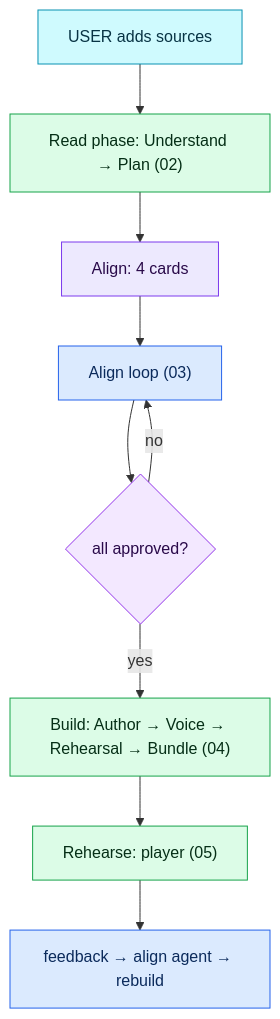
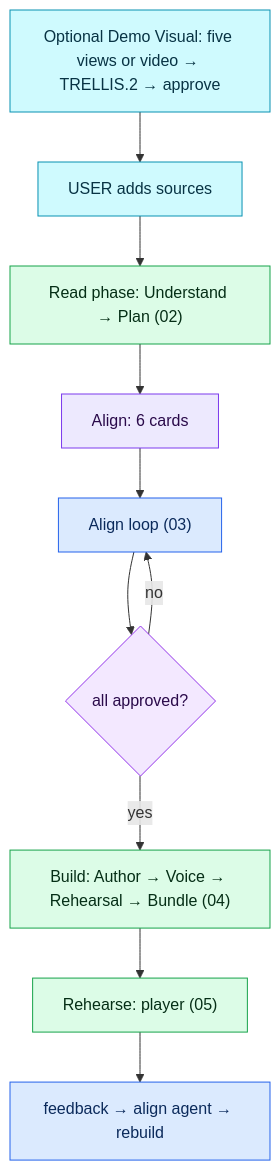
Before and after one commit to APareek89/demo-studio: the diagram in docs/ARCHITECTURE_FLOW.md, drawn with Mermaid. The commit also changed other lines of this file and 16 other files, not shown here.

````diff
--- a/docs/ARCHITECTURE_FLOW.md
+++ b/docs/ARCHITECTURE_FLOW.md
@@ -53,12 +58,12 @@
 ```mermaid
 %% see docs/mermaid/01-master.mmd
 flowchart TD
-  U["USER adds sources"]:::ask --> READ["Read phase: Understand → Plan (02)"]:::fn --> CARDS["Align: 4 cards"]:::data --> ALIGN["Align loop (03)"]:::agent --> APPR{"all approved?"}:::dec
+  V["Optional Demo Visual: five views or video → TRELLIS.2 → approve"]:::ask --> U["USER adds sources"]:::ask --> READ["Read phase: Understand → Plan (02)"]:::fn --> CARDS["Align: 6 cards"]:::data --> ALIGN["Align loop (03)"]:::agent --> APPR{"all approved?"}:::dec
   APPR -- "yes" --> BUILD["Build: Author → Voice → Rehearsal → Bundle (04)"]:::fn --> PLAY["Rehearse: player (05)"]:::fn --> FB["feedback → align agent → rebuild"]:::agent
   APPR -- "no" --> ALIGN
   classDef agent fill:#dbeafe,stroke:#2563eb,color:#0b2a5b;
   classDef fn fill:#dcfce7,stroke:#16a34a,color:#052e16;
   classDef dec fill:#f3e8ff,stroke:#9333ea,color:#2a0a4a;
   classDef data fill:#ede9fe,stroke:#7c3aed,color:#2a0a4a;
   classDef ask fill:#cffafe,stroke:#0891b2,color:#083344;
 ```
````
